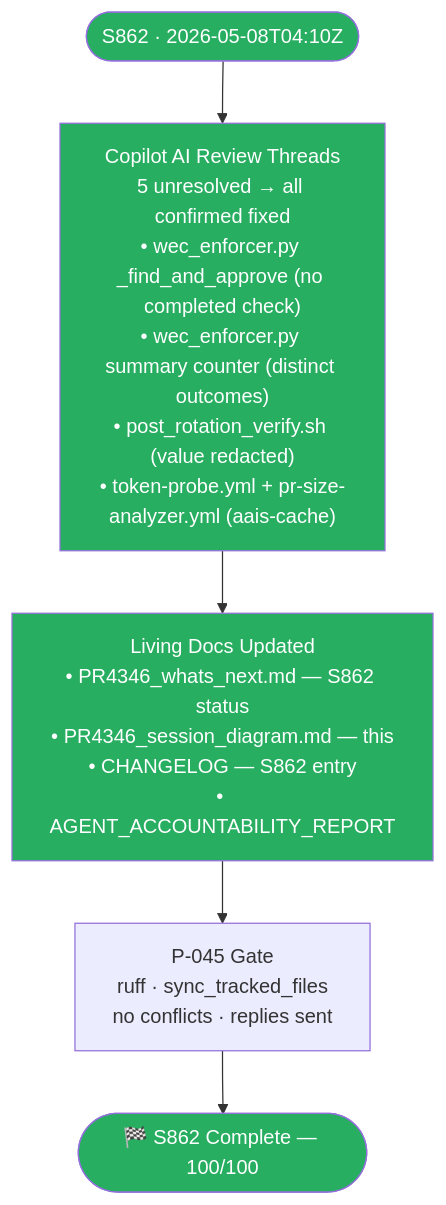
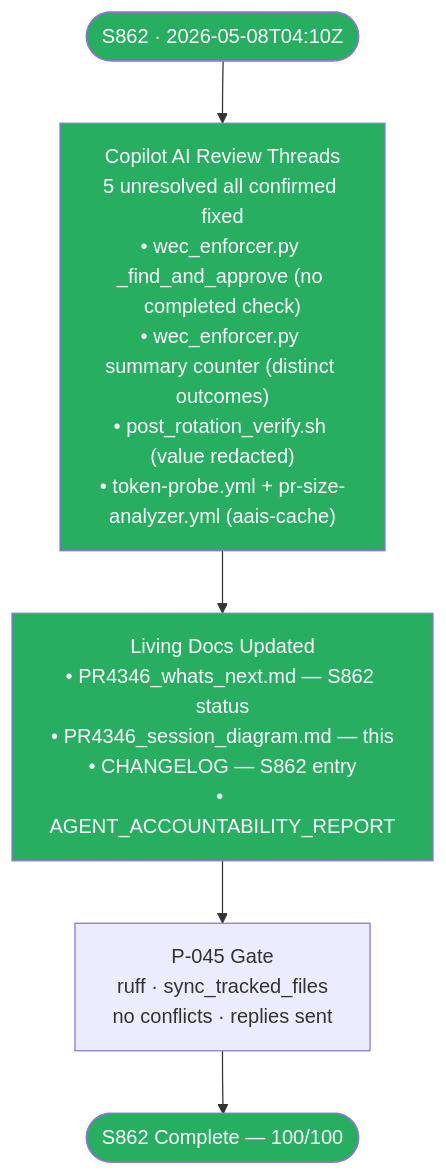
The second of 26 diagrams in docs/sessions/PR4346_session_diagram.md (Aries-Serpent/_codex_), drawn with Mermaid before and after one commit. The commit also changed other lines of this file and 4117 other files, not shown here.

````diff
--- a/docs/sessions/PR4346_session_diagram.md
+++ b/docs/sessions/PR4346_session_diagram.md
@@ -40,18 +42,20 @@
 ```mermaid
-%%{init: {'accessibility': {'title': 'Flowchart showing " S862 · 2026-05-08T04:10Z", " Copilot AI Review Threads\n5 unresolved → all confirmed fixed\n• wec_enforcer.py _find_and_approve (no completed check)\n• wec_enforcer.py summary counter (distinct outcomes)\n• post_rotation_verify.sh (value redacted)\n• token-probe.yml + pr-size-analyzer.yml (aais-cache)"'}}%%
+%%{init: {'accessibility': {'title': 'Flowchart showing " S862 · 2026-05-08T04:10Z", " Copilot AI Review Threads\n5 unresolved all confirmed fixed\n• wec_enforcer.py _find_and_approve (no completed check)\n• wec_enforcer.py summary counter (distinct outcomes)\n• post_rotation_verify.sh (value redacted)\n• token-probe.yml + pr-size-analyzer.yml (aais-cache)"'}}%%
+
 flowchart TD
-    START([" S862 · 2026-05-08T04:10Z"]) --> REVIEW
 
-    REVIEW[" Copilot AI Review Threads\n5 unresolved → all confirmed fixed\n• wec_enforcer.py _find_and_approve (no completed check)\n• wec_enforcer.py summary counter (distinct outcomes)\n• post_rotation_verify.sh (value redacted)\n• token-probe.yml + pr-size-analyzer.yml (aais-cache)"] --> DOCS
+ START([" S862 · 2026-05-08T04:10Z"]) --> REVIEW
 
-    DOCS[" Living Docs Updated\n• PR4346_whats_next.md — S862 status\n• PR4346_session_diagram.md — this\n• CHANGELOG — S862 entry\n• AGENT_ACCOUNTABILITY_REPORT"] --> GATE
+ REVIEW[" Copilot AI Review Threads\n5 unresolved all confirmed fixed\n• wec_enforcer.py _find_and_approve (no completed check)\n• wec_enforcer.py summary counter (distinct outcomes)\n• post_rotation_verify.sh (value redacted)\n• token-probe.yml + pr-size-analyzer.yml (aais-cache)"] --> DOCS
 
-    GATE[" P-045 Gate\nruff  · sync_tracked_files \nno conflicts  · replies sent"] --> END
+ DOCS[" Living Docs Updated\n• PR4346_whats_next.md — S862 status\n• PR4346_session_diagram.md — this\n• CHANGELOG — S862 entry\n• AGENT_ACCOUNTABILITY_REPORT"] --> GATE
 
-    END(["🏁 S862 Complete — 100/100"])
+ GATE[" P-045 Gate\nruff · sync_tracked_files \nno conflicts · replies sent"] --> END
 
-    style START fill:#27ae60,color:#fff
-    style END fill:#27ae60,color:#fff
-    style REVIEW fill:#27ae60,color:#fff
-    style DOCS fill:#27ae60,color:#fff
+ END([" S862 Complete — 100/100"])
+
+ style START fill:#27ae60,color:#fff
+ style END fill:#27ae60,color:#fff
+ style REVIEW fill:#27ae60,color:#fff
+ style DOCS fill:#27ae60,color:#fff
 ```
````
